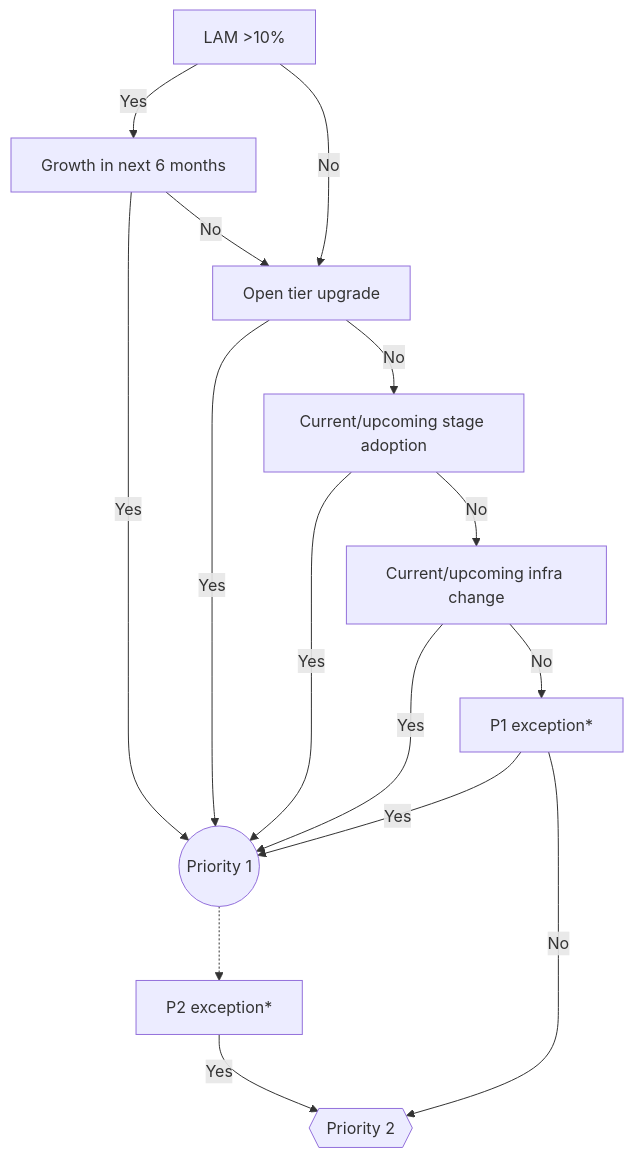
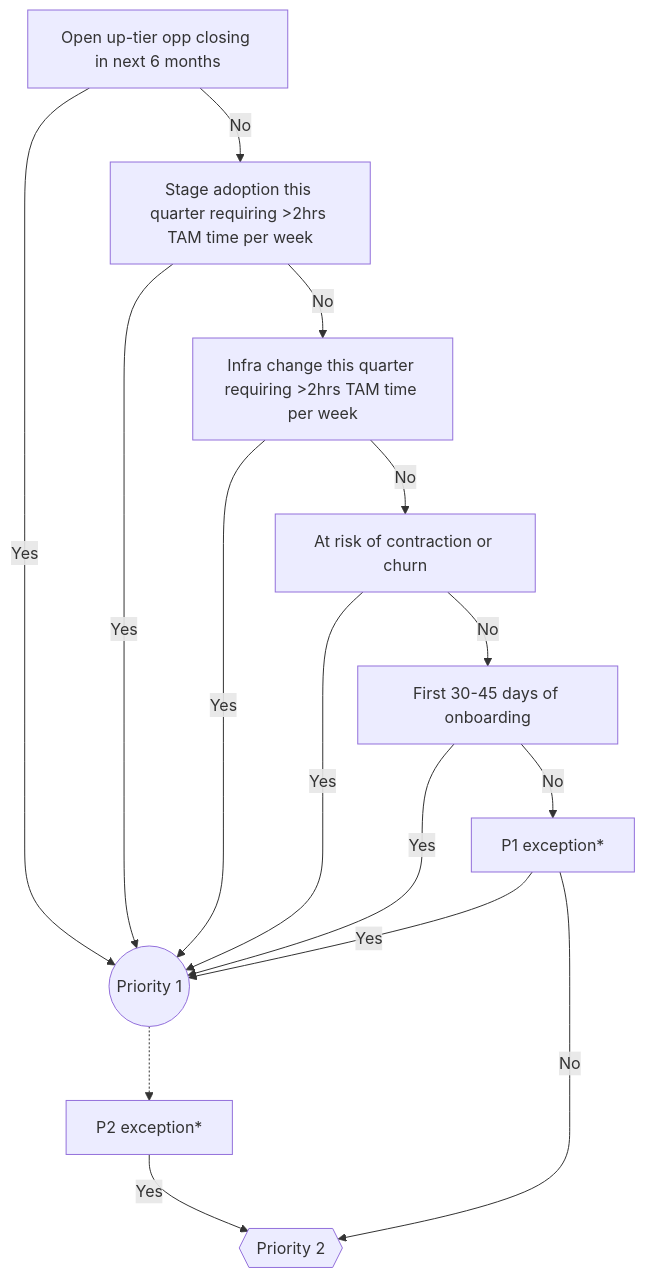
The diagram in customer-success/tam/engagement/index.html.md (secretstartups/handbook), drawn with Mermaid before and after one commit. The commit also changed other lines of this file, not shown here.

Commit message:
Update Pr3 reference & rubric attributes

````diff
--- a/customer-success/tam/engagement/index.html.md
+++ b/customer-success/tam/engagement/index.html.md
@@ -120,19 +125,19 @@
 ```mermaid
 graph TD;
-  lam["LAM >10%"]-- Yes -->growth;
-  lam-- No -->upgrade;
-  growth[Growth in next 6 months]-- Yes -->p1;
-  growth-- No -->upgrade;
-  upgrade[Open tier upgrade]-- Yes -->p1;
+  upgrade[Open up-tier opp closing in next 6 months]-- Yes -->p1;
   upgrade-- No -->stage;
-  stage[Current/upcoming stage adoption]-- Yes -->p1;
+  stage[Stage adoption this quarter requiring >2hrs TAM time per week]-- Yes -->p1;
   stage-- No --> infra;
-  infra[Current/upcoming infra change]-- Yes -->p1;
-  infra-- No -->p1exception;
+  infra[Infra change this quarter requiring >2hrs TAM time per week]-- Yes -->p1;
+  infra-- No -->churnrisk;
+  churnrisk[At risk of contraction or churn]-- Yes -->p1;
+  churnrisk-- No -->onboarding;
+  onboarding[First 30-45 days of onboarding]-- Yes -->p1;
+  onboarding-- No -->p1exception;
   p1exception["P1 exception*"]-- Yes -->p1;
   p1exception-- No -->p2;
   p1((Priority 1));
   p1-.->p2exception;
   p2exception["P2 exception*"]-- Yes -->p2;
   p2{{Priority 2}};
 ```
````
